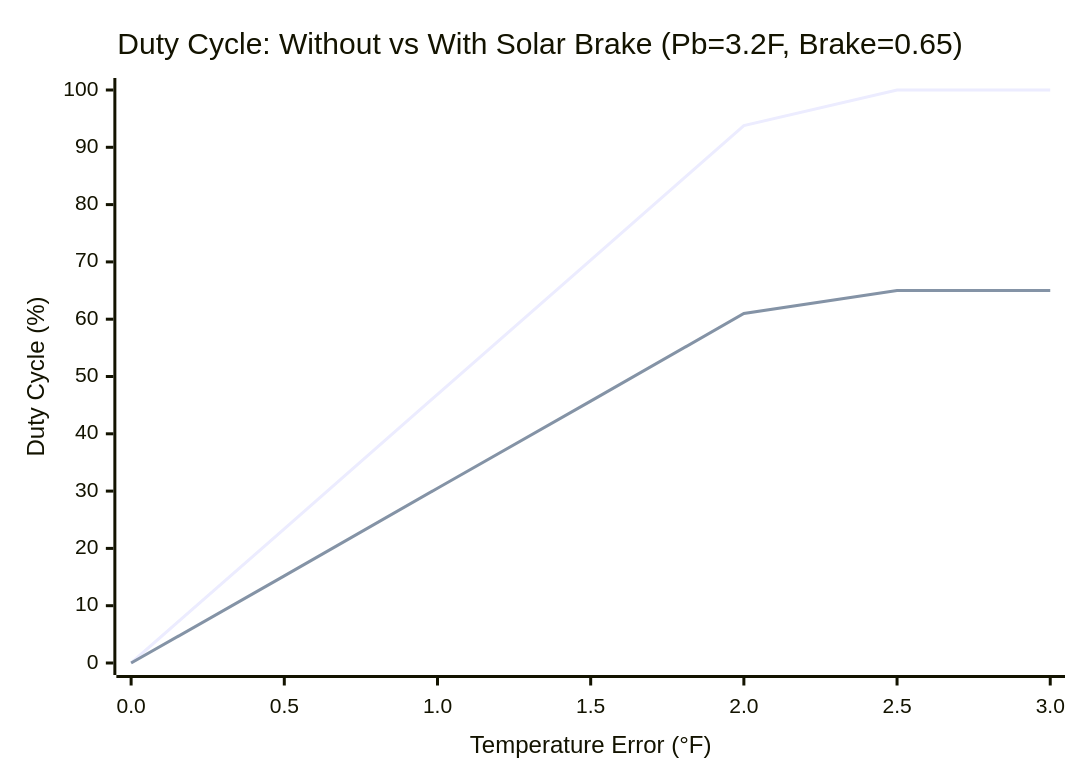
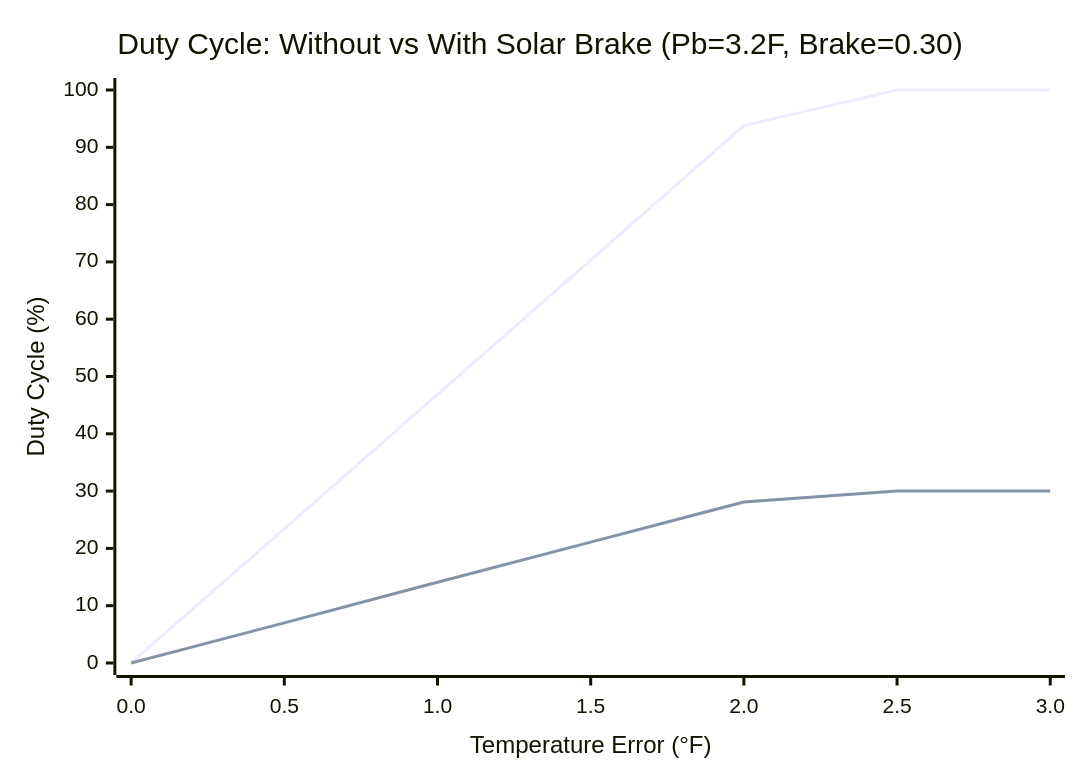
Before and after one commit to pcericm/thermal-invariant-engine: the diagram in README.md, drawn with Mermaid. The commit also changed other lines of this file, not shown here.

````diff
--- a/README.md
+++ b/README.md
@@ -282,8 +282,8 @@
 ```mermaid
 xychart-beta
-    title "Duty Cycle: Without vs With Solar Brake (Pb=3.2F, Brake=0.65)"
+    title "Duty Cycle: Without vs With Solar Brake (Pb=3.2F, Brake=0.30)"
     x-axis "Temperature Error (°F)" [0.0, 0.5, 1.0, 1.5, 2.0, 2.5, 3.0]
     y-axis "Duty Cycle (%)" 0 --> 100
     line "Without Brake" [0, 23.4, 46.9, 70.3, 93.8, 100, 100]
-    line "With Brake (0.65)" [0, 15.2, 30.5, 45.7, 61.0, 65.0, 65.0]
+    line "With Brake (0.30)" [0, 7.0, 14.1, 21.1, 28.1, 30.0, 30.0]
 ```
````
